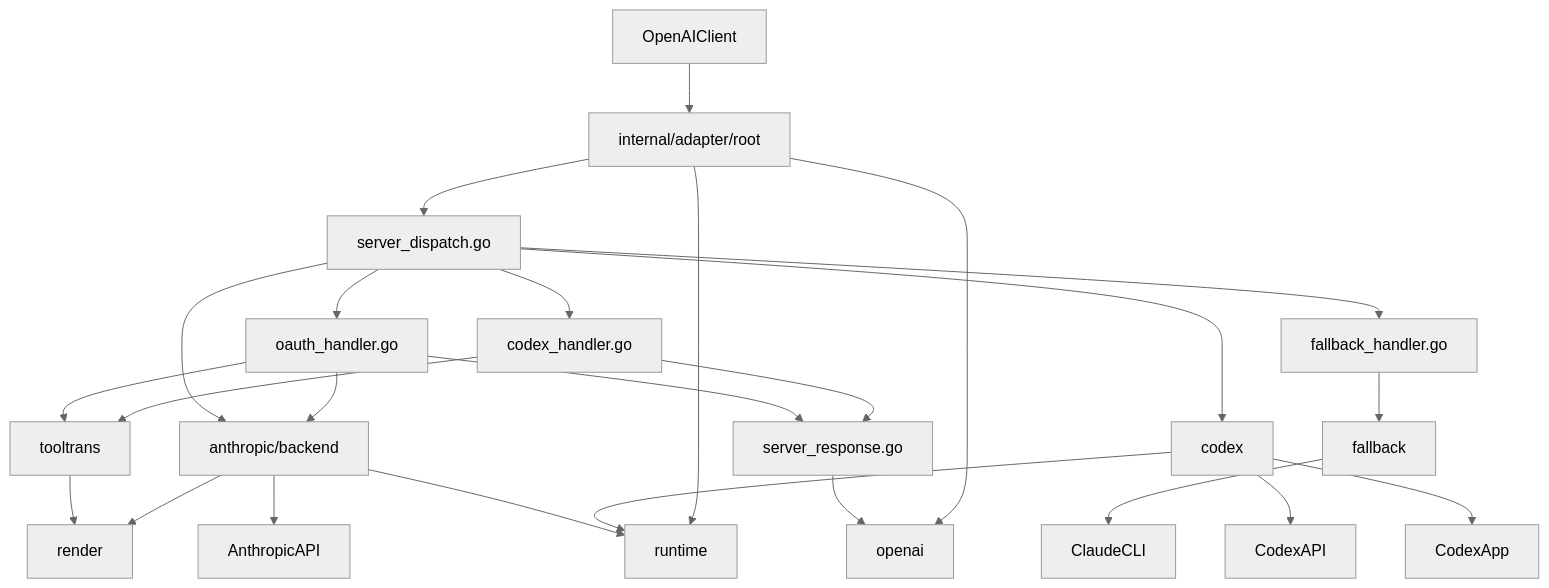
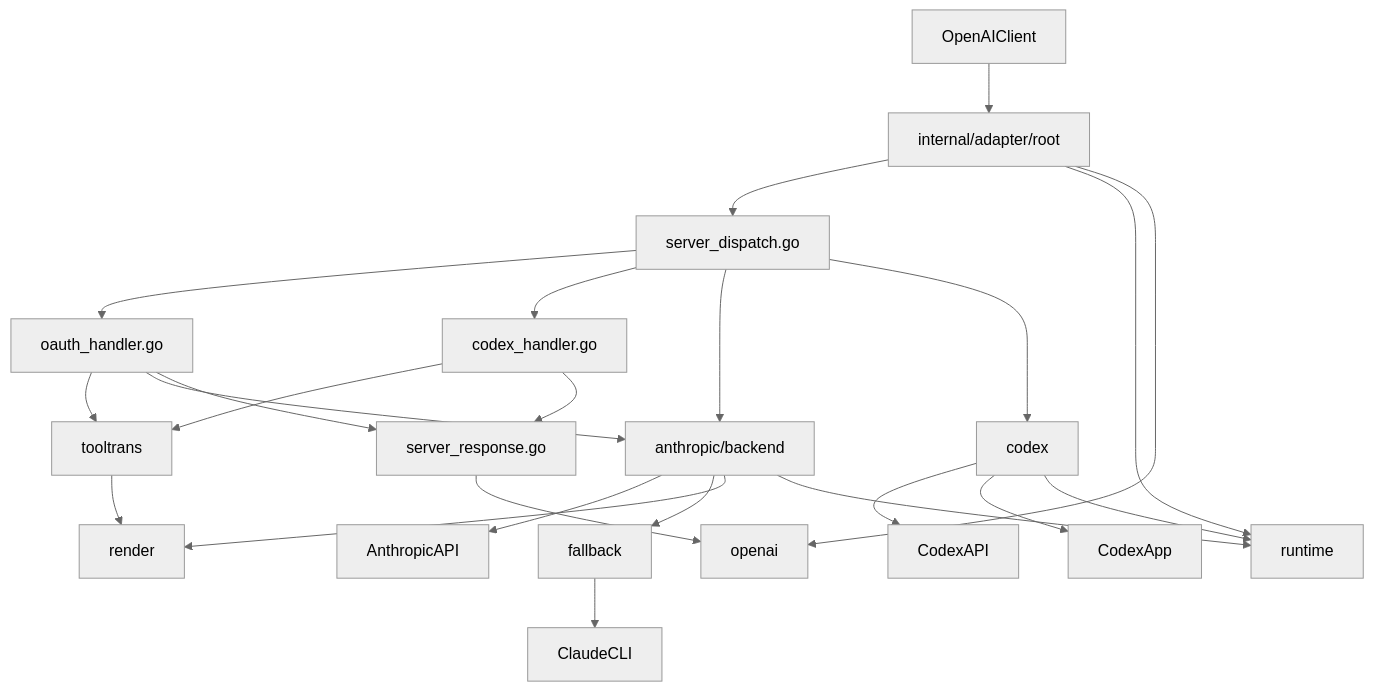
Before and after one commit to agoodkind/clotilde: the first of 3 diagrams in docs/adapter-refactor/adapter-refactor.md, drawn with Mermaid (neutral theme). The commit also changed other lines of this file and 5 other files, not shown here.

````diff
--- a/docs/adapter-refactor/adapter-refactor.md
+++ b/docs/adapter-refactor/adapter-refactor.md
@@ -329,49 +329,47 @@
 ```mermaid
 flowchart TD
     OpenAIClient[OpenAIClient]
     RootAdapter["internal/adapter/root"]
     ServerDispatch[server_dispatch.go]
     OAuthHandler[oauth_handler.go]
     CodexHandler[codex_handler.go]
-    FallbackHandler[fallback_handler.go]
     ServerResponse[server_response.go]
     Tooltrans[tooltrans]
     AnthBackend["anthropic/backend"]
     CodexBackend[codex]
     Render[render]
     Runtime[runtime]
     OpenAIShared[openai]
     FallbackPkg[fallback]
     AnthropicAPI[AnthropicAPI]
     CodexAPI[CodexAPI]
     CodexApp[CodexApp]
     ClaudeCLI[ClaudeCLI]
 
     OpenAIClient --> RootAdapter
     RootAdapter --> ServerDispatch
     ServerDispatch --> OAuthHandler
     ServerDispatch --> CodexHandler
-    ServerDispatch --> FallbackHandler
     ServerDispatch --> AnthBackend
     ServerDispatch --> CodexBackend
 
     OAuthHandler --> Tooltrans
     OAuthHandler --> AnthBackend
     OAuthHandler --> ServerResponse
     CodexHandler --> Tooltrans
     CodexHandler --> ServerResponse
-    FallbackHandler --> FallbackPkg
     ServerResponse --> OpenAIShared
 
     Tooltrans --> Render
     AnthBackend --> AnthropicAPI
+    AnthBackend --> FallbackPkg
     AnthBackend --> Render
     AnthBackend --> Runtime
     CodexBackend --> CodexAPI
     CodexBackend --> CodexApp
     CodexBackend --> Runtime
     FallbackPkg --> ClaudeCLI
 
     RootAdapter --> Runtime
     RootAdapter --> OpenAIShared
 ```
````
